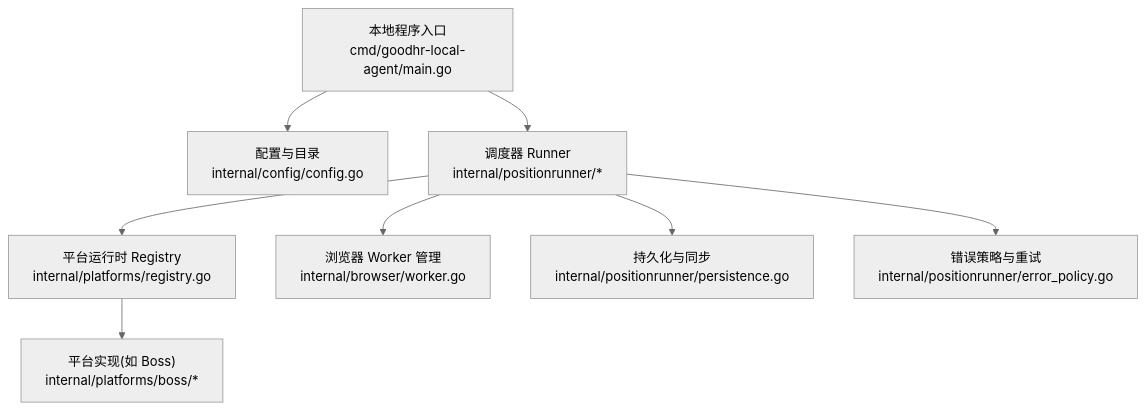
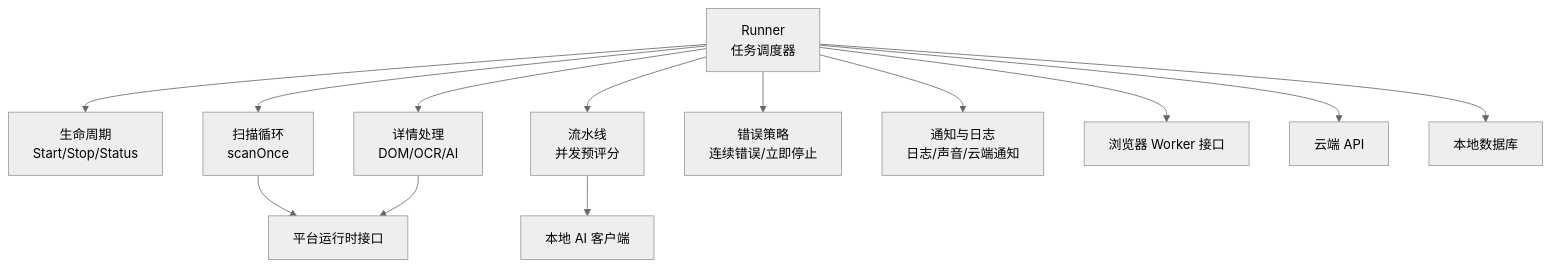
Before and after one commit to alvinwangzi/goodhr: the first of 10 diagrams in .qoder/repowiki/zh/content/系统架构/本地Agent架构/任务调度器.md, drawn with Mermaid (neutral theme). The commit also changed other lines of this file and 149 other files, not shown here.

````diff
--- a/.qoder/repowiki/zh/content/系统架构/本地Agent架构/任务调度器.md
+++ b/.qoder/repowiki/zh/content/系统架构/本地Agent架构/任务调度器.md
@@ -43,10 +51,15 @@
 ```mermaid
 graph TB
-A["本地程序入口<br/>cmd/goodhr-local-agent/main.go"] --> B["配置与目录<br/>internal/config/config.go"]
-A --> C["调度器 Runner<br/>internal/positionrunner/*"]
-C --> D["平台运行时 Registry<br/>internal/platforms/registry.go"]
-D --> E["平台实现(如 Boss)<br/>internal/platforms/boss/*"]
-C --> F["浏览器 Worker 管理<br/>internal/browser/worker.go"]
-C --> G["持久化与同步<br/>internal/positionrunner/persistence.go"]
-C --> H["错误策略与重试<br/>internal/positionrunner/error_policy.go"]
+Runner["Runner<br/>任务调度器"] --> Lifecycle["生命周期<br/>Start/Stop/Status"]
+Runner --> Scan["扫描循环<br/>scanOnce"]
+Runner --> Pipeline["流水线<br/>并发预评分"]
+Runner --> Detail["详情处理<br/>DOM/OCR/AI"]
+Runner --> ErrorPolicy["错误策略<br/>连续错误/立即停止"]
+Runner --> Notification["通知与日志<br/>日志/声音/云端通知"]
+Scan --> PlatformCore["平台运行时接口"]
+Detail --> PlatformCore
+Pipeline --> LocalAI["本地 AI 客户端"]
+Runner --> BrowserWorker["浏览器 Worker 接口"]
+Runner --> CloudAPI["云端 API"]
+Runner --> LocalDB["本地数据库"]
 ```
````
